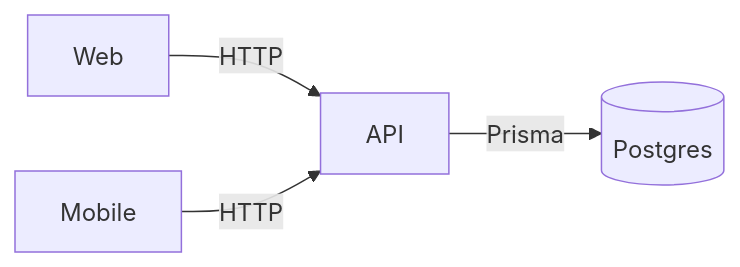
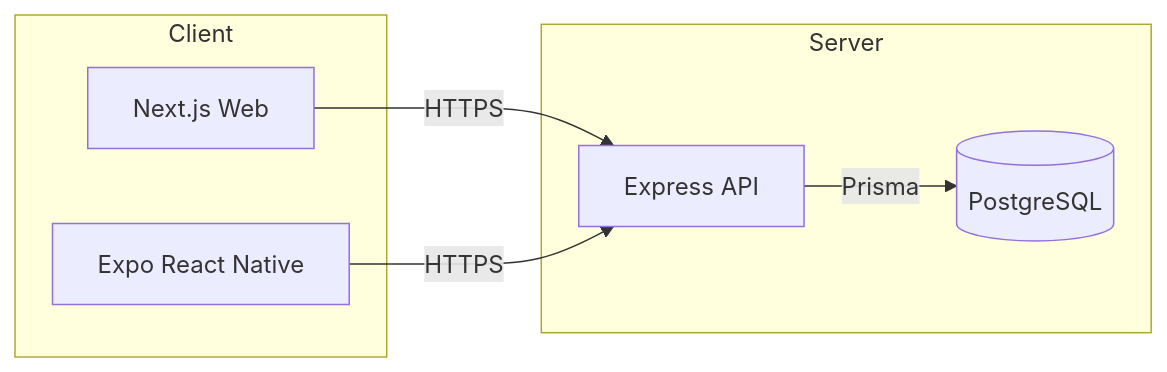
The diagram in ARCHITECTURE.md (dmilleravid/MidasMaker), drawn with Mermaid before and after one commit. The commit also changed other lines of this file and 1 other file, not shown here.

Commit message:
docs: refresh Architecture and README\n\n- Comprehensive architecture overview (monorepo, OAuth, CI, troubleshooting)\n- README aligned with current stack and envs\n- Added OAuth sequence diagram

````diff
--- a/ARCHITECTURE.md
+++ b/ARCHITECTURE.md
@@ -11,6 +5,14 @@
 ```mermaid
 flowchart LR
-  Web -->|HTTP| API
-  Mobile -->|HTTP| API
-  API -->|Prisma| Postgres[(Postgres)]
+  subgraph Client
+    Web[Next.js Web]
+    Mobile[Expo React Native]
+  end
+  Web -->|HTTPS| API
+  Mobile -->|HTTPS| API
+  subgraph Server
+    API[Express API]
+    DB[(PostgreSQL)]
+  end
+  API -->|Prisma| DB
 ```
````
